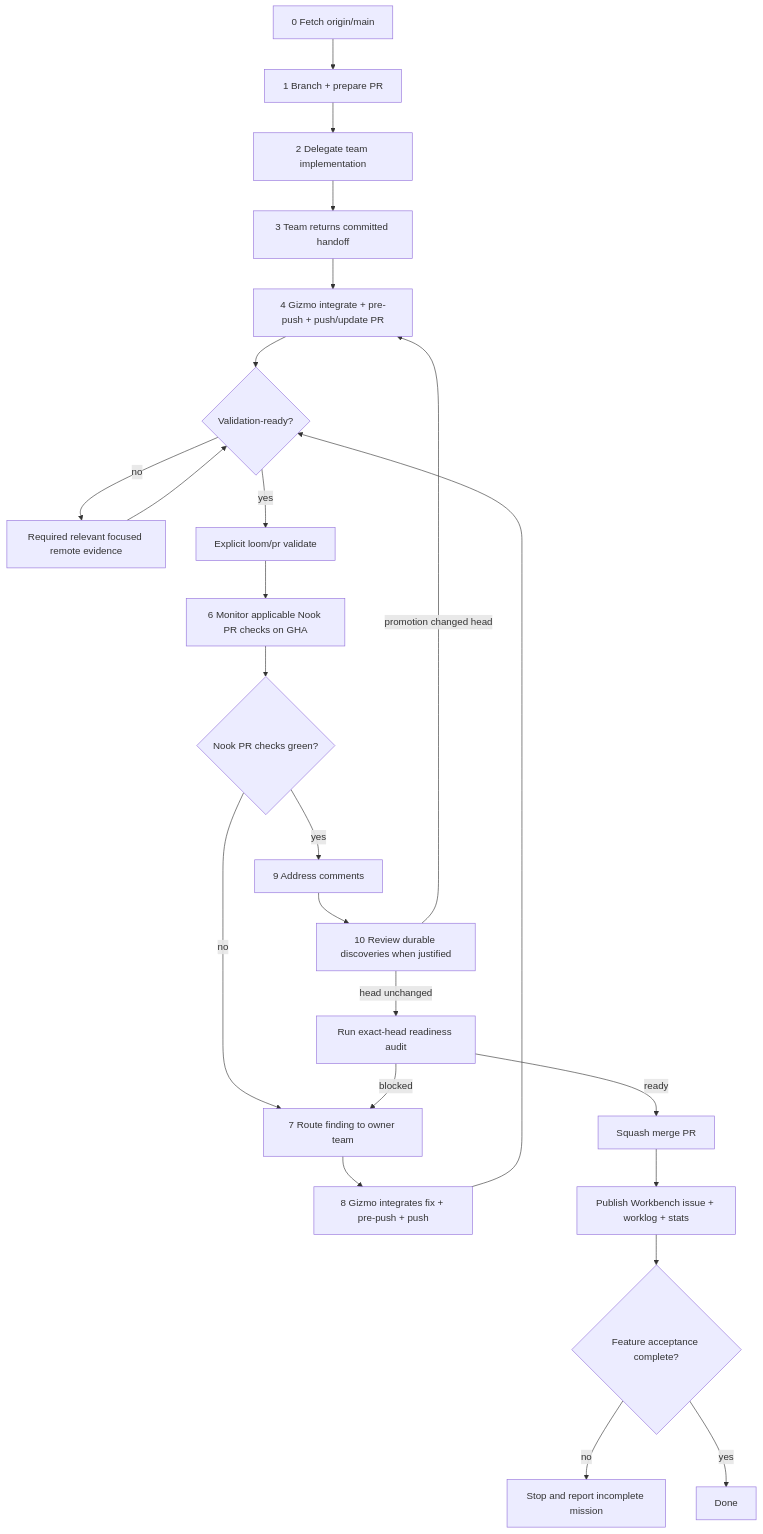
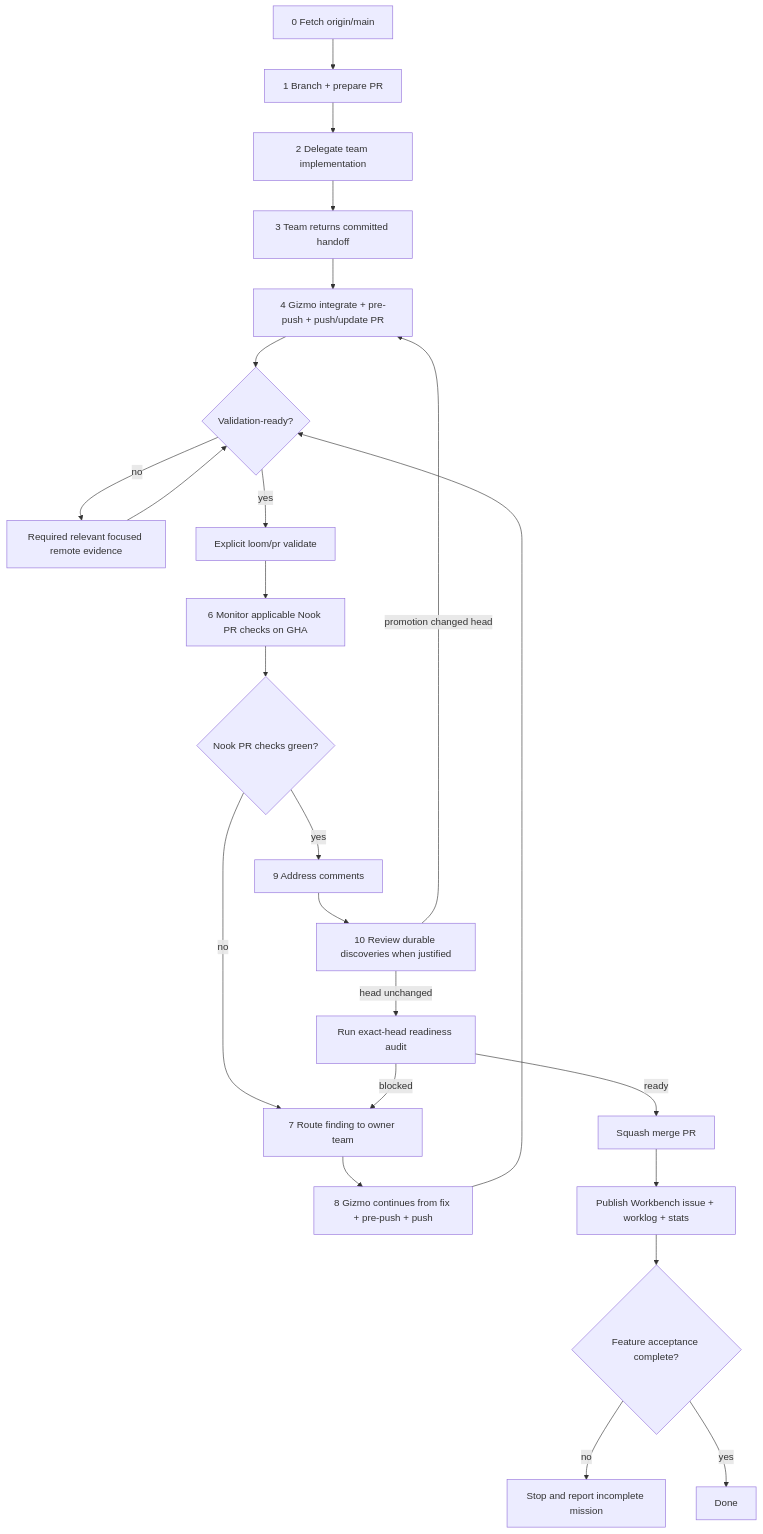
The diagram in .cortex/gizmo/workflows/pull-requests.md (meta-secret/nook), drawn with Mermaid before and after one commit. The commit also changed other lines of this file and 31 other files, not shown here.

````diff
--- a/.cortex/gizmo/workflows/pull-requests.md
+++ b/.cortex/gizmo/workflows/pull-requests.md
@@ -280,26 +280,26 @@
 ```mermaid
 flowchart TD
   Z[0 Fetch origin/main] --> A[1 Branch + prepare PR]
   A --> I[2 Delegate team implementation]
   I --> CMT[3 Team returns committed handoff]
   CMT --> E[4 Gizmo integrate + pre-push + push/update PR]
   E --> D{Validation-ready?}
   D -->|no| X[Required relevant focused remote evidence]
   D -->|yes| V[Explicit loom/pr validate]
   X --> D
   V --> F[6 Monitor applicable Nook PR checks on GHA]
   F --> G{Nook PR checks green?}
   G -->|no| H[7 Route finding to owner team]
-  H --> PUSH[8 Gizmo integrates fix + pre-push + push]
+  H --> PUSH[8 Gizmo continues from fix + pre-push + push]
   PUSH --> D
   G -->|yes| C[9 Address comments]
   C --> SI[10 Review durable discoveries when justified]
   SI -->|promotion changed head| E
   SI -->|head unchanged| R[Run exact-head readiness audit]
   R -->|blocked| H
   R -->|ready| M[Squash merge PR]
   M --> S[Publish Workbench issue + worklog + stats]
   S --> J{Feature acceptance complete?}
   J -->|no| B[Stop and report incomplete mission]
   J -->|yes| K[Done]
 ```
````
